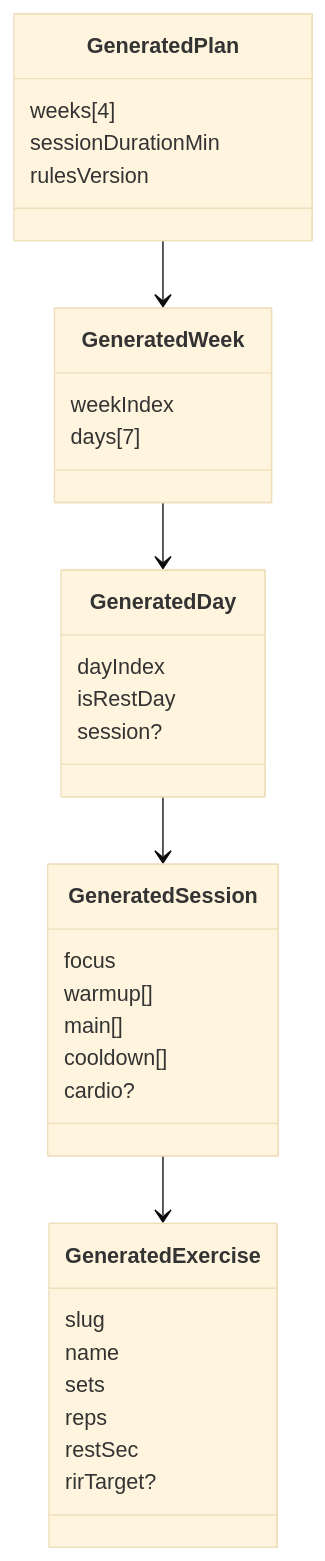
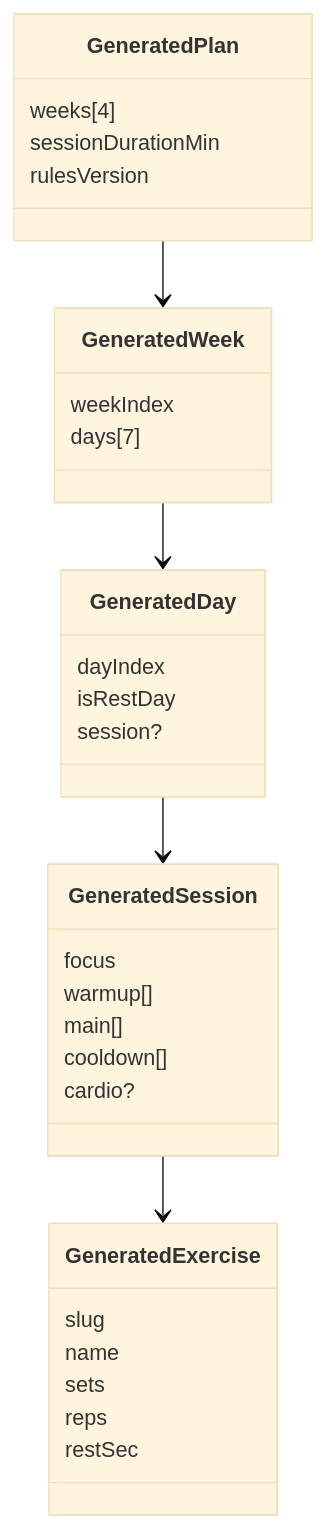
Before and after one commit to jeriel-rb/pacergo-app: the fourth of 5 diagrams in docs/plan-engine/architecture.md, drawn with Mermaid (base theme). The commit also changed other lines of this file and 80 other files, not shown here.

````diff
--- a/docs/plan-engine/architecture.md
+++ b/docs/plan-engine/architecture.md
@@ -83,36 +111,35 @@
 ```mermaid
 classDiagram
   class GeneratedPlan {
     weeks[4]
     sessionDurationMin
     rulesVersion
   }
   class GeneratedWeek {
     weekIndex
     days[7]
   }
   class GeneratedDay {
     dayIndex
     isRestDay
     session?
   }
   class GeneratedSession {
     focus
     warmup[]
     main[]
     cooldown[]
     cardio?
   }
   class GeneratedExercise {
     slug
     name
     sets
     reps
     restSec
-    rirTarget?
   }
   GeneratedPlan --> GeneratedWeek
   GeneratedWeek --> GeneratedDay
   GeneratedDay --> GeneratedSession
   GeneratedSession --> GeneratedExercise
 ```
````
